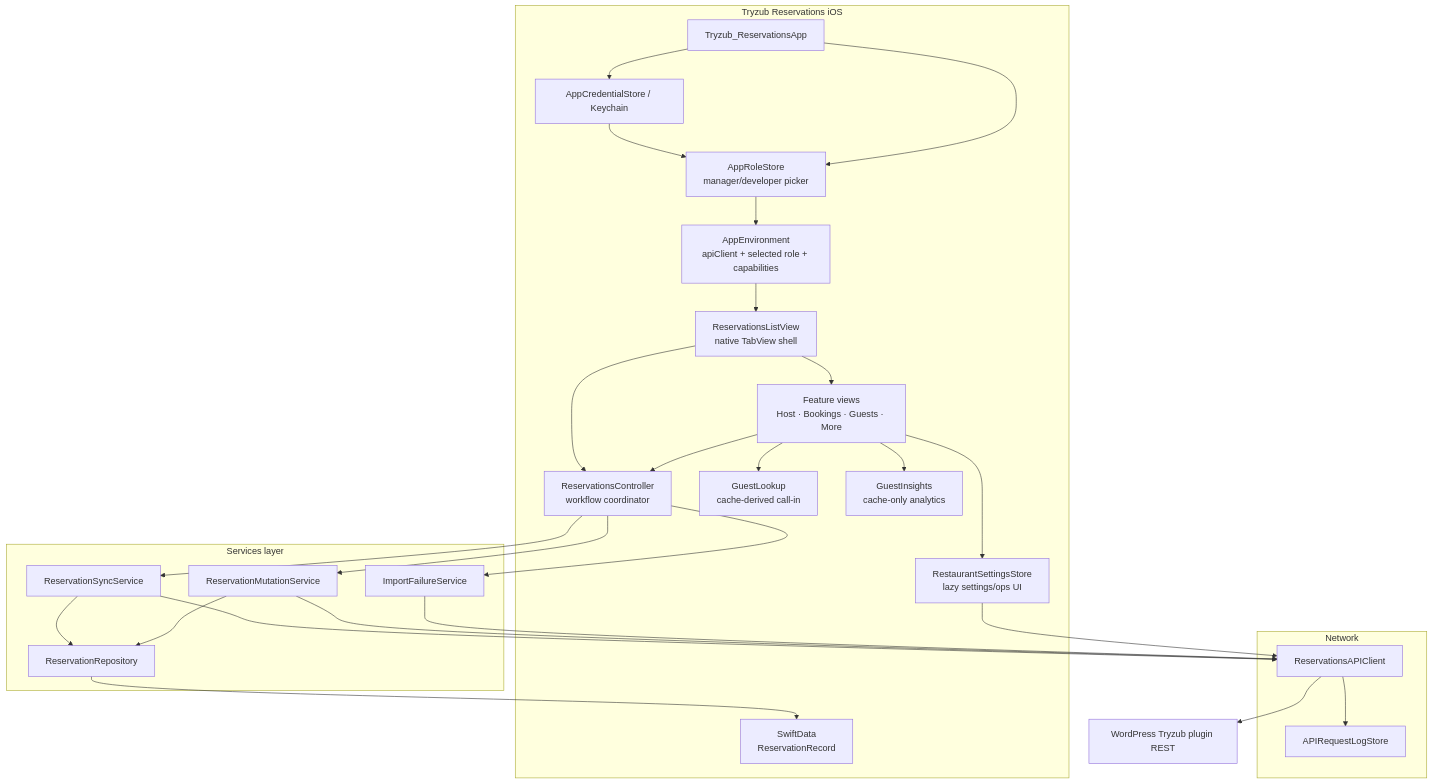
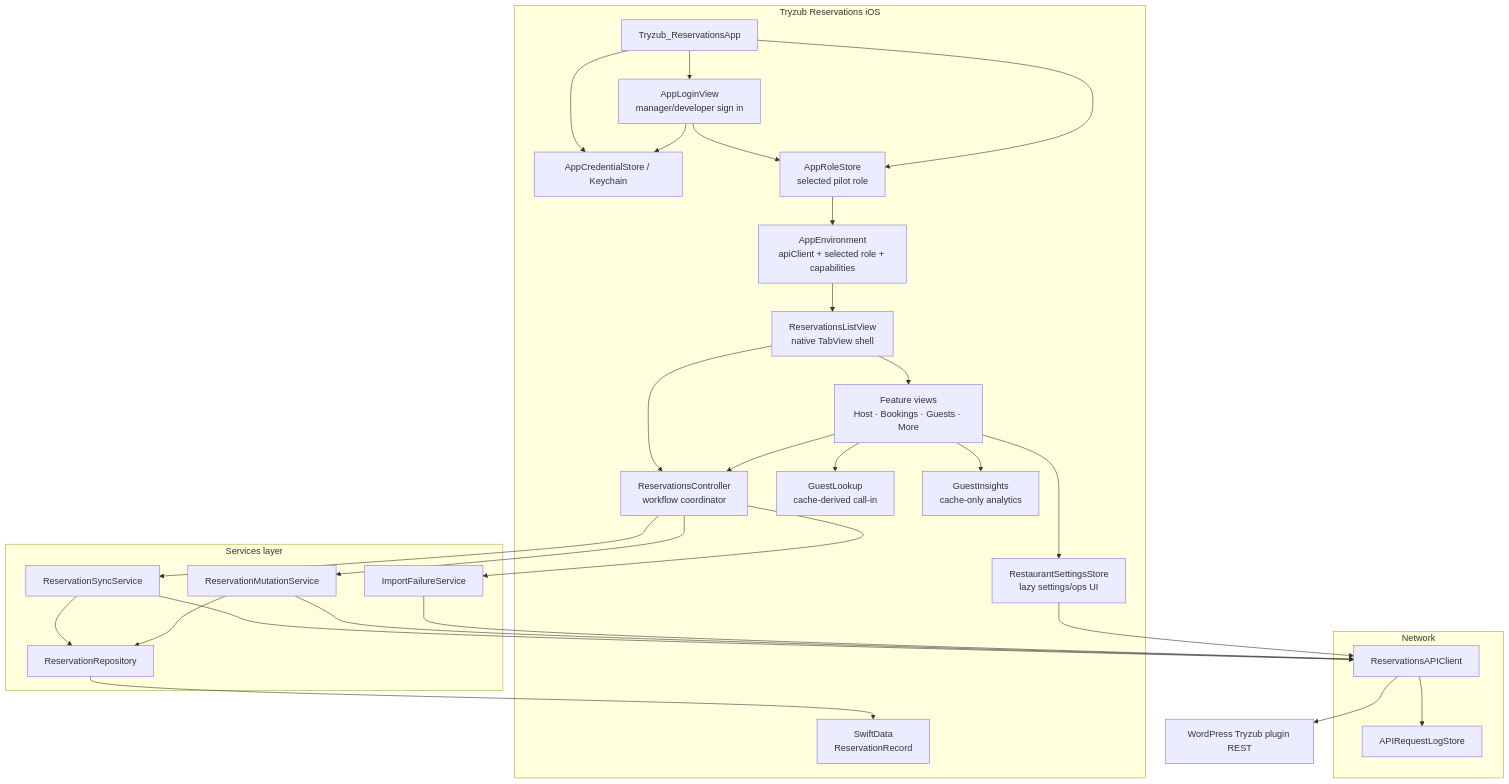
The first of 12 diagrams in ARCHITECTURE_DIAGRAMS.md (bohdan462/Reservation-iOS-App), drawn with Mermaid before and after one commit. The commit also changed other lines of this file and 11 other files, not shown here.

````diff
--- a/ARCHITECTURE_DIAGRAMS.md
+++ b/ARCHITECTURE_DIAGRAMS.md
@@ -13,54 +13,57 @@
 ```mermaid
 flowchart TB
     subgraph iOS["Tryzub Reservations iOS"]
         App["Tryzub_ReservationsApp"]
         Creds["AppCredentialStore / Keychain"]
-        Role["AppRoleStore<br/>manager/developer picker"]
+        Login["AppLoginView<br/>manager/developer sign in"]
+        Role["AppRoleStore<br/>selected pilot role"]
         Env["AppEnvironment<br/>apiClient + selected role + capabilities"]
         Shell["ReservationsListView<br/>native TabView shell"]
         Ctrl["ReservationsController<br/>workflow coordinator"]
         Views["Feature views<br/>Host · Bookings · Guests · More"]
         GuestLookup["GuestLookup<br/>cache-derived call-in"]
         Guest["GuestInsights<br/>cache-only analytics"]
         Settings["RestaurantSettingsStore<br/>lazy settings/ops UI"]
         SD["SwiftData<br/>ReservationRecord"]
     end
 
     subgraph Services["Services layer"]
         Sync["ReservationSyncService"]
         Mut["ReservationMutationService"]
         Repo["ReservationRepository"]
         IFail["ImportFailureService"]
     end
 
     subgraph Network["Network"]
         API["ReservationsAPIClient"]
         Log["APIRequestLogStore"]
     end
 
     WP["WordPress Tryzub plugin REST"]
 
     App --> Creds
-    Creds --> Role
+    App --> Login
+    Login --> Creds
+    Login --> Role
     Role --> Env
     App --> Role
     Env --> Shell
     Shell --> Ctrl
     Shell --> Views
     Views --> Ctrl
     Views --> GuestLookup
     Views --> Guest
     Views --> Settings
     Settings --> API
     Ctrl --> Sync
     Ctrl --> Mut
     Ctrl --> IFail
     Sync --> API
     Mut --> API
     IFail --> API
     Sync --> Repo
     Mut --> Repo
     Repo --> SD
     API --> Log
     API --> WP
 ```
````
